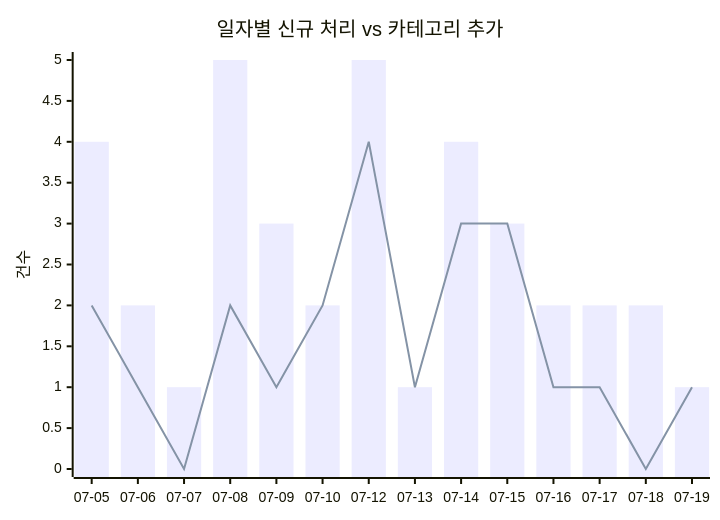
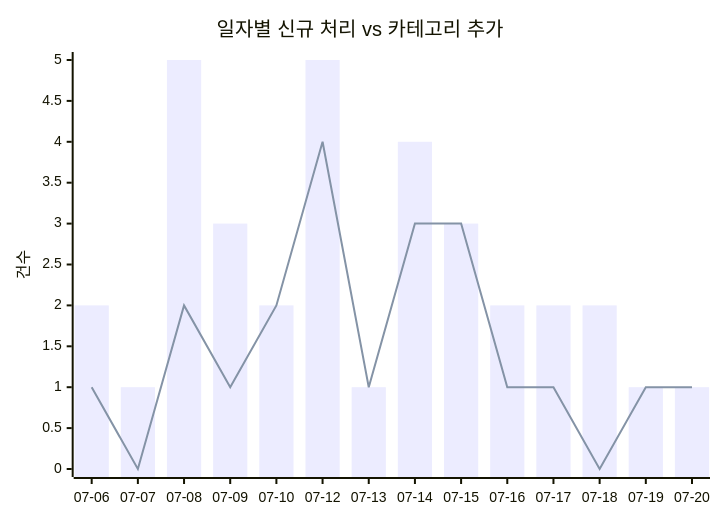
One commit to J-nowcow/awesome-korean-agent-skills changed the first of 2 diagrams in docs/trends.md. Above: the diagram before and after it, drawn with Mermaid. The commit also changed other lines of this file and 4 other files, not shown here.

````diff
--- a/docs/trends.md
+++ b/docs/trends.md
@@ -32,8 +32,8 @@
 ```mermaid
 xychart-beta
     title "일자별 신규 처리 vs 카테고리 추가"
-    x-axis ["07-05","07-06","07-07","07-08","07-09","07-10","07-12","07-13","07-14","07-15","07-16","07-17","07-18","07-19"]
+    x-axis ["07-06","07-07","07-08","07-09","07-10","07-12","07-13","07-14","07-15","07-16","07-17","07-18","07-19","07-20"]
     y-axis "건수"
-    bar [4,2,1,5,3,2,5,1,4,3,2,2,2,1]
-    line [2,1,0,2,1,2,4,1,3,3,1,1,0,1]
+    bar [2,1,5,3,2,5,1,4,3,2,2,2,1,1]
+    line [1,0,2,1,2,4,1,3,3,1,1,0,1,1]
 ```
````
